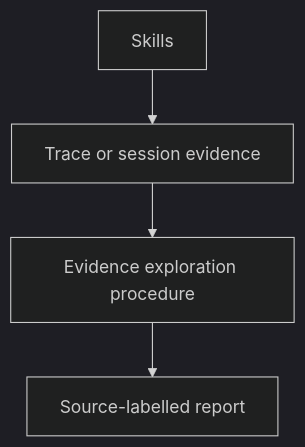
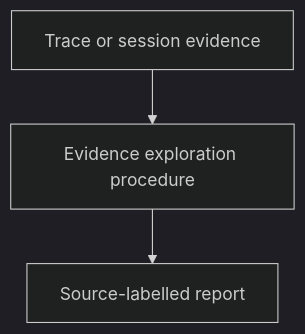
The diagram in skills/exploring-execution-evidence/as-is.md (abstract-business-systems/as-is), drawn with Mermaid (dark theme) before and after one commit. The commit also changed other lines of this file and 51 other files, not shown here.

Commit message:
docs(as-is): improve hierarchical architecture documentation

````diff
--- a/skills/exploring-execution-evidence/as-is.md
+++ b/skills/exploring-execution-evidence/as-is.md
@@ -18,7 +18,5 @@
 ```mermaid
 flowchart TD
-    Parent["Skills"] --> A["Trace or session evidence"] --> B["Evidence exploration procedure"]
+    A["Trace or session evidence"] --> B["Evidence exploration procedure"]
     B --> C["Source-labelled report"]
-
-    click Parent href "../as-is.md#design" "Open Skills design"
 ```
````
